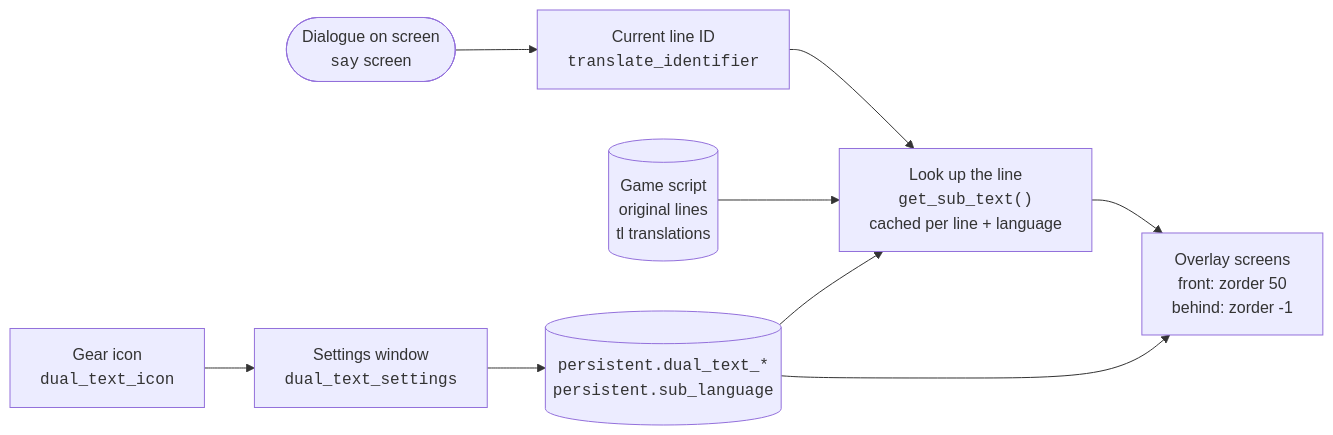
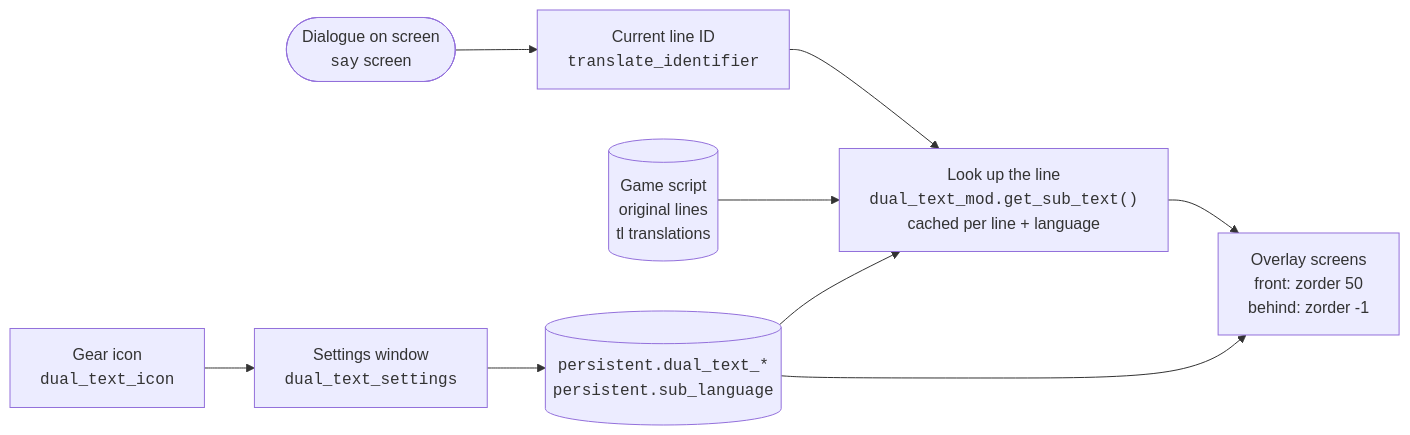
Before and after one commit to 0eti/Xeti-s-Dual-Text-Mode: the diagram in README.md, drawn with Mermaid. The commit also changed other lines of this file and 2 other files, not shown here.

````diff
--- a/README.md
+++ b/README.md
@@ -43,18 +45,18 @@
 ```mermaid
 flowchart LR
     say(["Dialogue on screen<br/><code>say</code> screen"])
     id["Current line ID<br/><code>translate_identifier</code>"]
-    get["Look up the line<br/><code>get_sub_text()</code><br/>cached per line + language"]
+    get["Look up the line<br/><code>dual_text_mod.get_sub_text()</code><br/>cached per line + language"]
     script[("Game script<br/>original lines<br/>tl translations")]
     overlay["Overlay screens<br/>front: zorder 50<br/>behind: zorder -1"]
     icon["Gear icon<br/><code>dual_text_icon</code>"]
     settings["Settings window<br/><code>dual_text_settings</code>"]
     pers[("<code>persistent.dual_text_*</code><br/><code>persistent.sub_language</code>")]
 
     say --> id --> get
     script --> get
     get --> overlay
     icon --> settings --> pers
     pers --> get
     pers --> overlay
 ```
````
